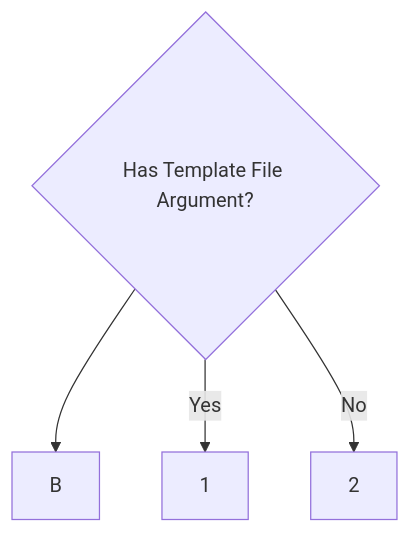
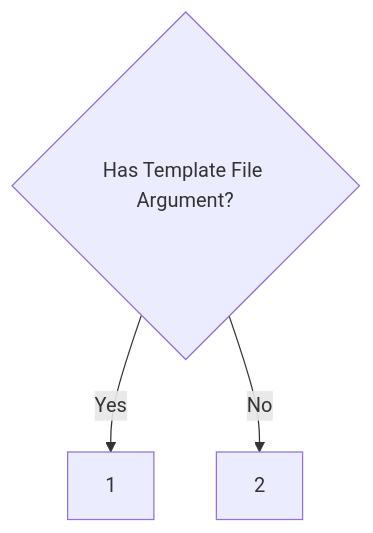
One commit to DK26/rendit changed the diagram in rfcs/00-cli.md. Above: the diagram before and after it, drawn with Mermaid.

````diff
--- a/rfcs/00-cli.md
+++ b/rfcs/00-cli.md
@@ -8,6 +8,6 @@
 ```mermaid
 graph TD;
-    A{Has Template File Argument?}-->B;
-    A--> |Yes| C[1]
-    A--> |No| D[2]
+    A{Has Template File Argument?};
+    A--> |Yes| B[1]
+    A--> |No| C[2]
 ```  
````
